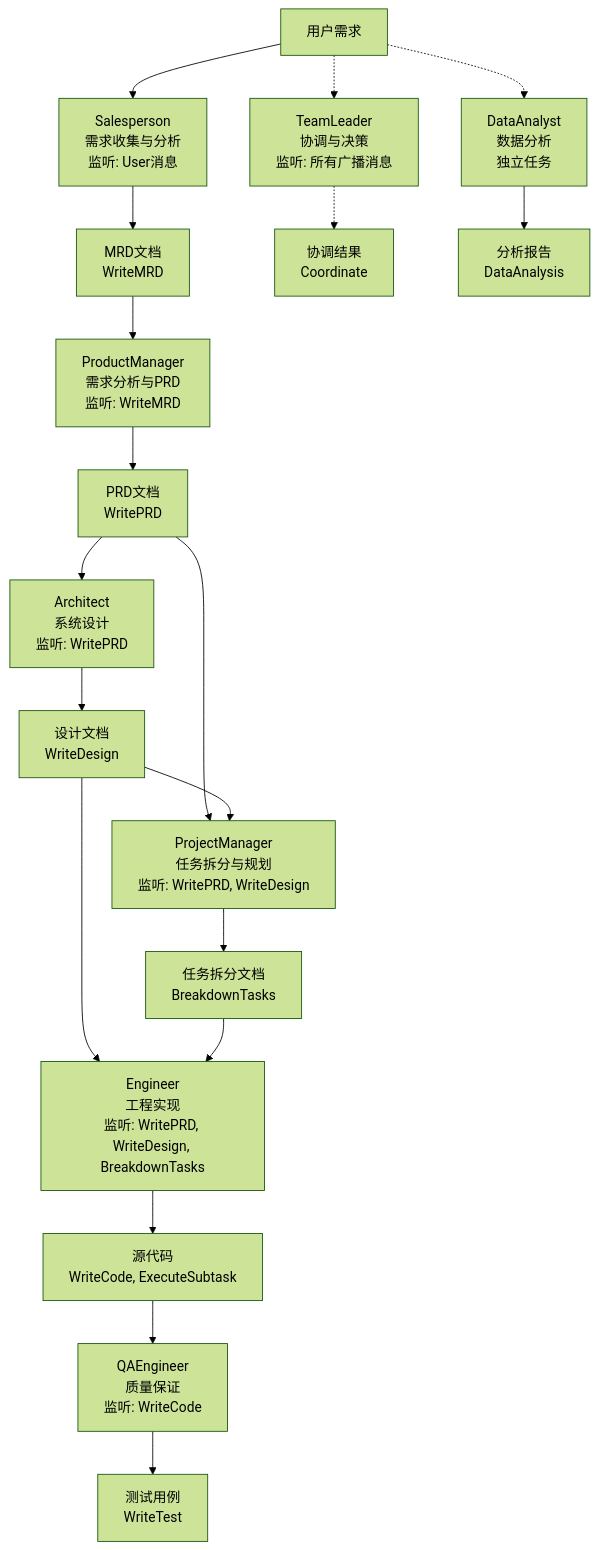
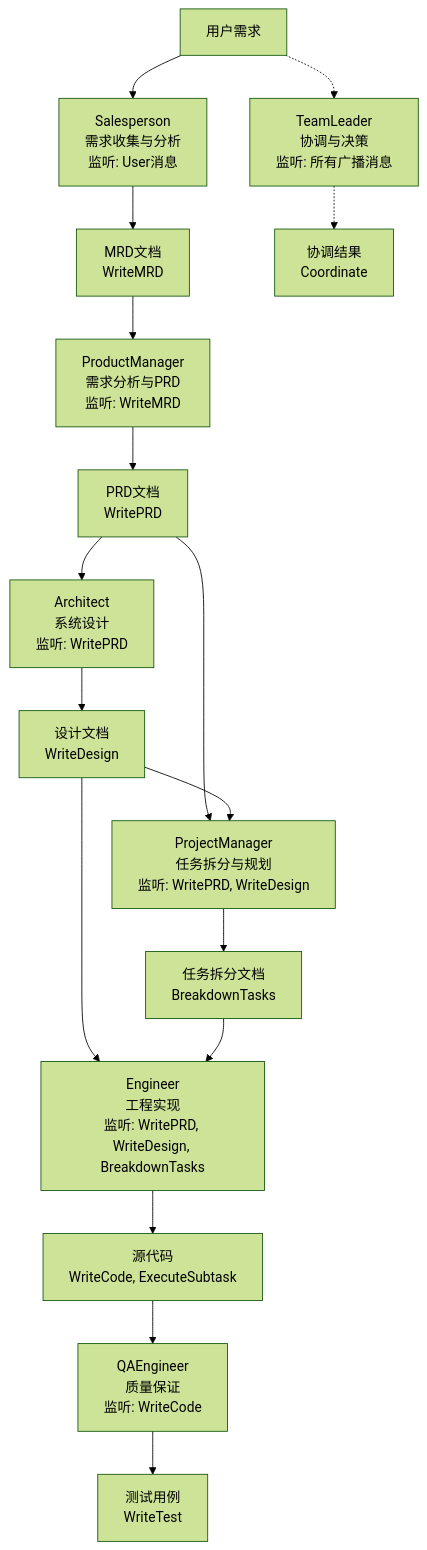
The first of 6 diagrams in doc/02_产品需求文档_PRD.md (Whisper24X/personal), drawn with Mermaid (forest theme) before and after one commit. The commit also changed other lines of this file and 16 other files, not shown here.

````diff
--- a/doc/02_产品需求文档_PRD.md
+++ b/doc/02_产品需求文档_PRD.md
@@ -84,28 +111,25 @@
 ```mermaid
 graph TB
     User[用户需求] --> Sales[Salesperson<br/>需求收集与分析<br/>监听: User消息]
     Sales --> MRD[MRD文档<br/>WriteMRD]
     
     MRD --> PM[ProductManager<br/>需求分析与PRD<br/>监听: WriteMRD]
     PM --> PRD[PRD文档<br/>WritePRD]
     
     PRD --> Arch[Architect<br/>系统设计<br/>监听: WritePRD]
     Arch --> Design[设计文档<br/>WriteDesign]
     
     PRD --> PMgr[ProjectManager<br/>任务拆分与规划<br/>监听: WritePRD, WriteDesign]
     Design --> PMgr
     PMgr --> Tasks[任务拆分文档<br/>BreakdownTasks]
     
     Design --> Eng[Engineer<br/>工程实现<br/>监听: WritePRD, WriteDesign, BreakdownTasks]
     Tasks --> Eng
     Eng --> Code[源代码<br/>WriteCode, ExecuteSubtask]
     
     Code --> QA[QAEngineer<br/>质量保证<br/>监听: WriteCode]
     QA --> Tests[测试用例<br/>WriteTest]
     
     User -.-> TL[TeamLeader<br/>协调与决策<br/>监听: 所有广播消息]
     TL -.-> Coordinate[协调结果<br/>Coordinate]
-    
-    User -.-> DA[DataAnalyst<br/>数据分析<br/>独立任务]
-    DA --> Analysis[分析报告<br/>DataAnalysis]
 ```
````
